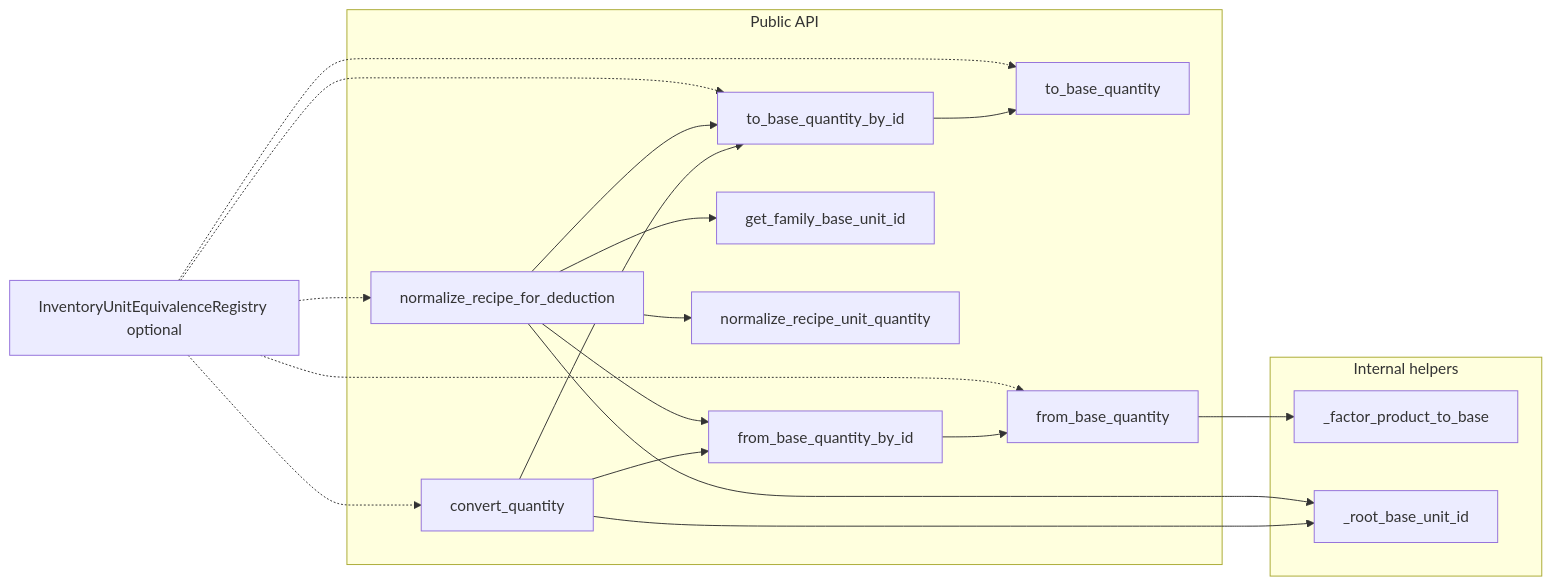
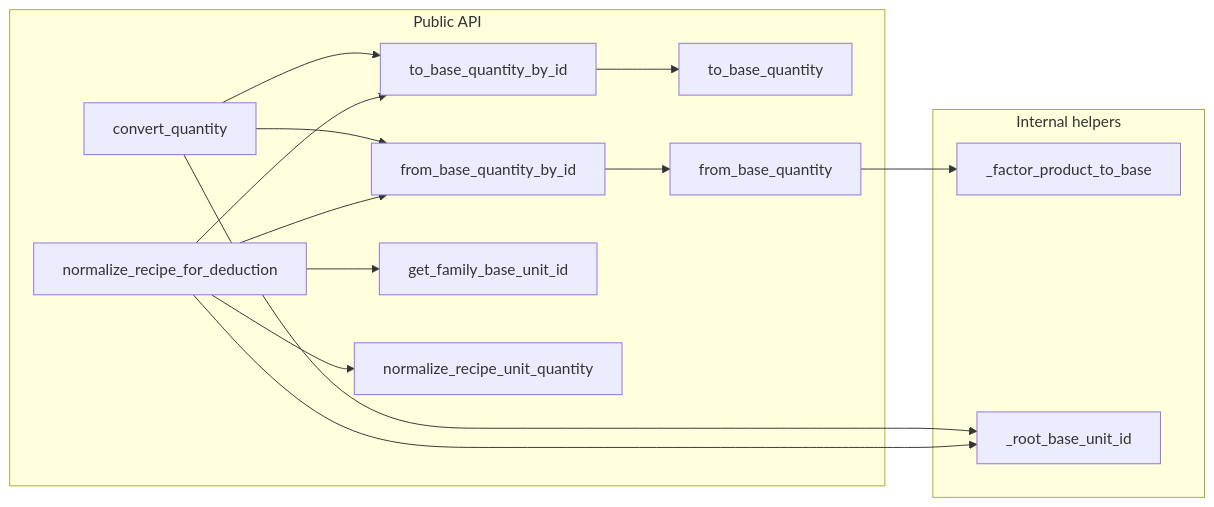
One commit to Alanbahena/zenet-mvp-jupyter changed the second of 5 diagrams in docs/Architecture/architecture-normalization.md. Above: the diagram before and after it, drawn with Mermaid. The commit also changed other lines of this file and 6 other files, not shown here.

````diff
--- a/docs/Architecture/architecture-normalization.md
+++ b/docs/Architecture/architecture-normalization.md
@@ -70,38 +66,30 @@
 ```mermaid
 flowchart LR
     subgraph internal["Internal helpers"]
         _factor[_factor_product_to_base]
         _root[_root_base_unit_id]
     end
 
     subgraph public_api["Public API"]
         to_base_quantity
         from_base_quantity
         to_base_quantity_by_id
         from_base_quantity_by_id
         convert_quantity
         get_family_base_unit_id
         normalize_recipe_unit_quantity
         normalize_recipe_for_deduction
     end
 
-    equiv[InventoryUnitEquivalenceRegistry optional]
-
     from_base_quantity --> _factor
     to_base_quantity_by_id --> to_base_quantity
     from_base_quantity_by_id --> from_base_quantity
     convert_quantity --> _root
     convert_quantity --> to_base_quantity_by_id
     convert_quantity --> from_base_quantity_by_id
     normalize_recipe_for_deduction --> normalize_recipe_unit_quantity
     normalize_recipe_for_deduction --> get_family_base_unit_id
     normalize_recipe_for_deduction --> to_base_quantity_by_id
     normalize_recipe_for_deduction --> from_base_quantity_by_id
     normalize_recipe_for_deduction --> _root
-
-    equiv -.-> to_base_quantity
-    equiv -.-> from_base_quantity
-    equiv -.-> to_base_quantity_by_id
-    equiv -.-> convert_quantity
-    equiv -.-> normalize_recipe_for_deduction
 ```
````
